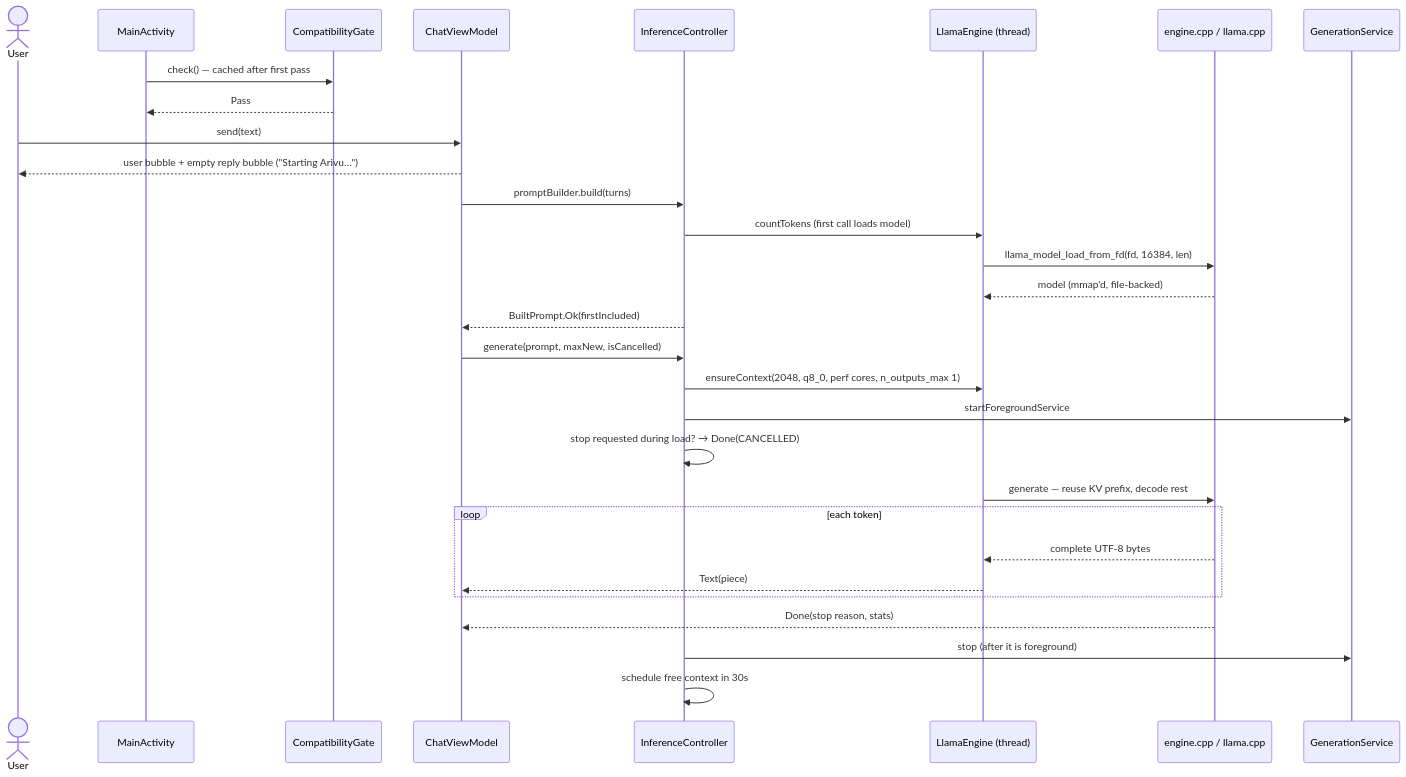
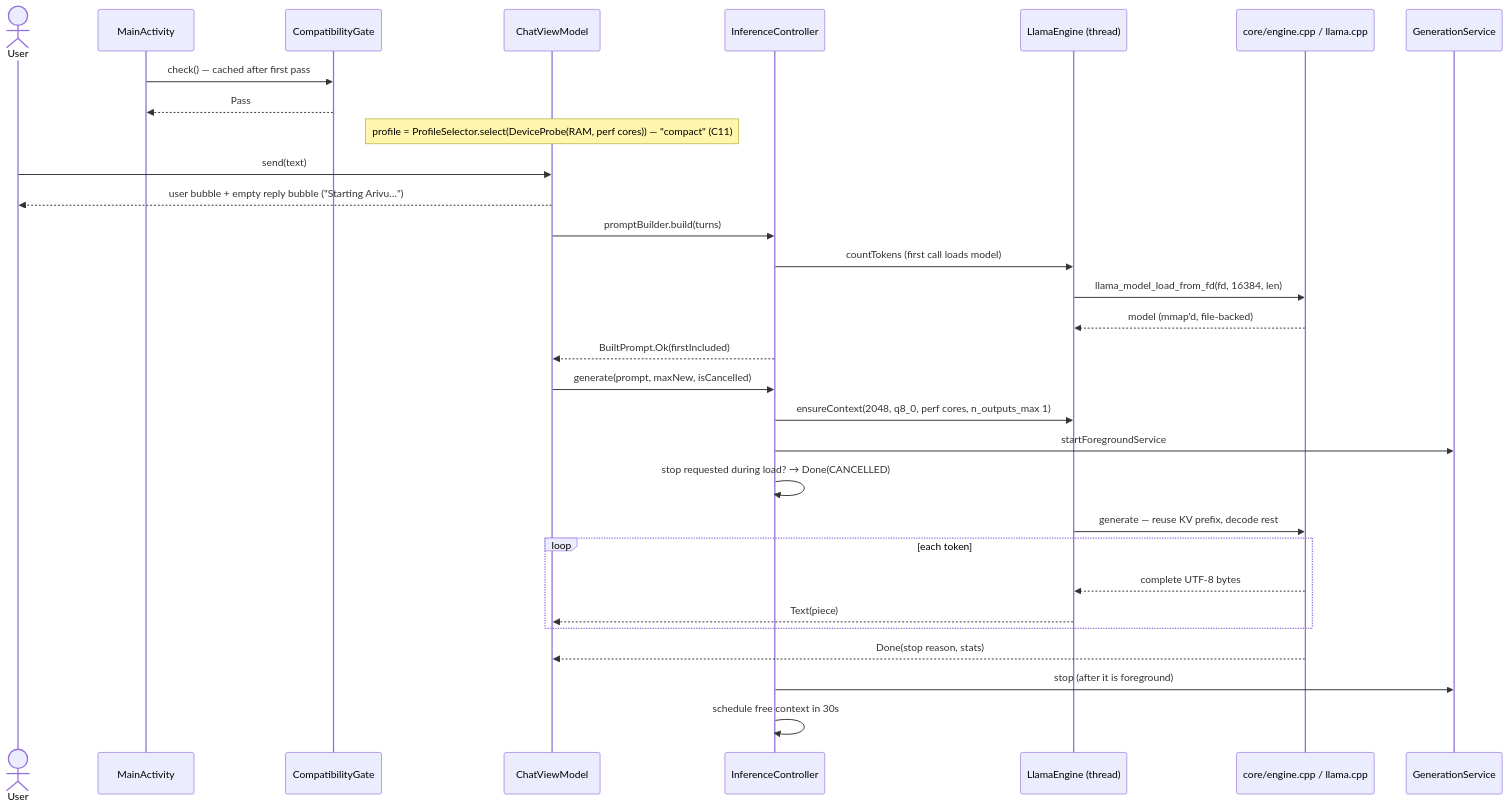
Before and after one commit to brettleehari/arivu: the first of 5 diagrams in leaves/engineering.md, drawn with Mermaid. The commit also changed other lines of this file and 19 other files, not shown here.

````diff
--- a/leaves/engineering.md
+++ b/leaves/engineering.md
@@ -115,33 +226,34 @@
 ```mermaid
 sequenceDiagram
   actor U as User
   participant A as MainActivity
   participant G as CompatibilityGate
   participant VM as ChatViewModel
   participant IC as InferenceController
   participant LE as LlamaEngine (thread)
-  participant N as engine.cpp / llama.cpp
+  participant N as core/engine.cpp / llama.cpp
   participant S as GenerationService
 
   A->>G: check() — cached after first pass
   G-->>A: Pass
+  Note over VM: profile = ProfileSelector.select(DeviceProbe(RAM, perf cores)) — "compact" (C11)
   U->>VM: send(text)
   VM-->>U: user bubble + empty reply bubble ("Starting Arivu…")
   VM->>IC: promptBuilder.build(turns)
   IC->>LE: countTokens (first call loads model)
   LE->>N: llama_model_load_from_fd(fd, 16384, len)
   N-->>LE: model (mmap'd, file-backed)
   IC-->>VM: BuiltPrompt.Ok(firstIncluded)
   VM->>IC: generate(prompt, maxNew, isCancelled)
   IC->>LE: ensureContext(2048, q8_0, perf cores, n_outputs_max 1)
   IC->>S: startForegroundService
   IC->>IC: stop requested during load? → Done(CANCELLED)
   LE->>N: generate — reuse KV prefix, decode rest
   loop each token
     N-->>LE: complete UTF-8 bytes
     LE-->>VM: Text(piece)
   end
   N-->>VM: Done(stop reason, stats)
   IC->>S: stop (after it is foreground)
   IC->>IC: schedule free context in 30s
 ```
````
